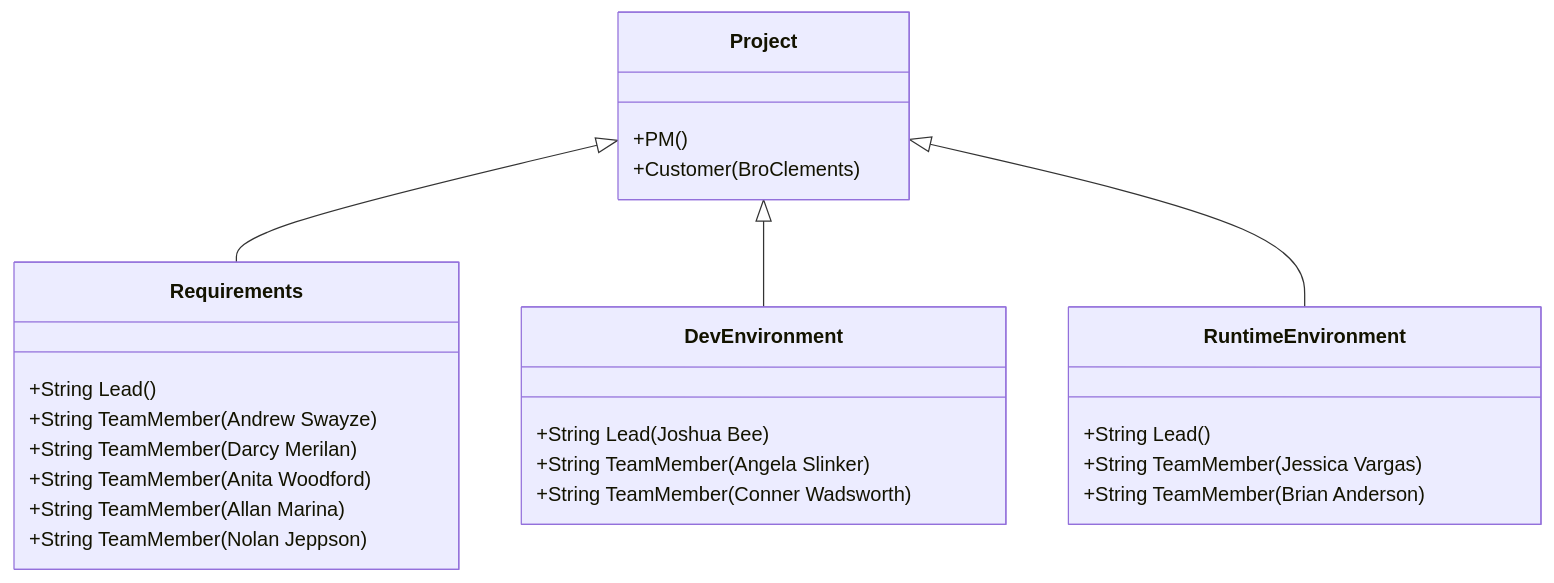
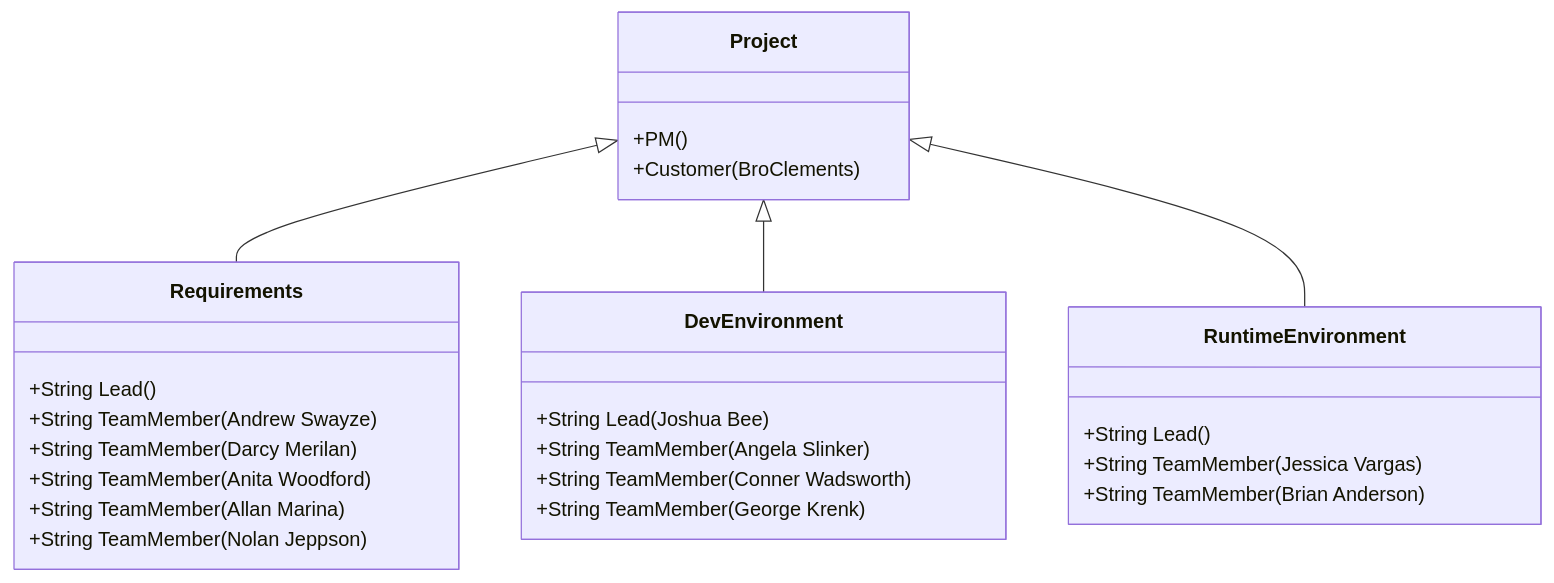
The first of 2 diagrams in ProjectManagement/OrganizationChart/OrganizationChart.md (byui-cse397/2024WinCSE490PCP), drawn with Mermaid before and after one commit.

Commit message:
Update OrganizationChart.md
Added myself to the diagram.

````diff
--- a/ProjectManagement/OrganizationChart/OrganizationChart.md
+++ b/ProjectManagement/OrganizationChart/OrganizationChart.md
@@ -2,26 +2,27 @@
 ```mermaid
 classDiagram
       Project <|-- Requirements
       Project <|-- DevEnvironment
       Project <|-- RuntimeEnvironment
       Project : +PM()
       Project : +Customer(BroClements)
       class Requirements{
           +String Lead()
           +String TeamMember(Andrew Swayze)
           +String TeamMember(Darcy Merilan)
           +String TeamMember(Anita Woodford)
           +String TeamMember(Allan Marina)
           +String TeamMember(Nolan Jeppson)
       }
       class DevEnvironment{
           +String Lead(Joshua Bee)
           +String TeamMember(Angela Slinker)
           +String TeamMember(Conner Wadsworth)
+          +String TeamMember(George Krenk)
       }
       class RuntimeEnvironment{
           +String Lead()
           +String TeamMember(Jessica Vargas)
           +String TeamMember(Brian Anderson)
       }
 ```
````
